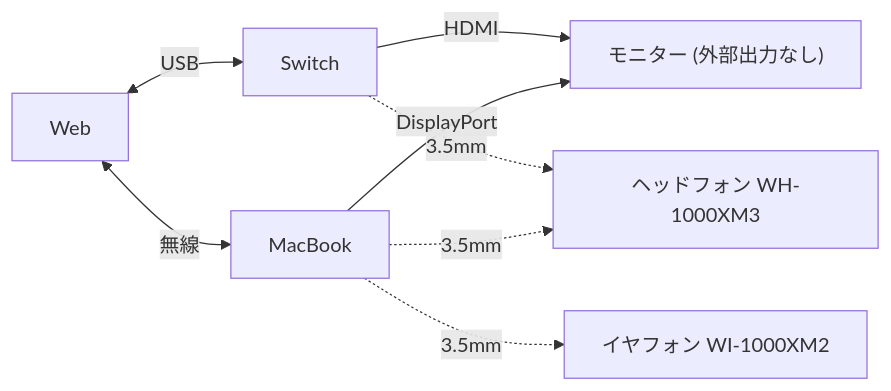
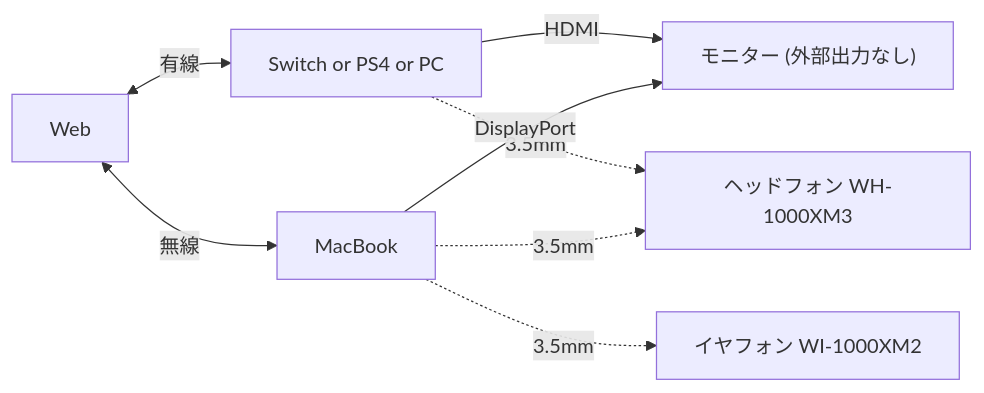
One commit to kotaoue/gamemo changed the first of 2 diagrams in environment/desktop.md. Above: the diagram before and after it, drawn with Mermaid. The commit also changed other lines of this file, not shown here.

````diff
--- a/environment/desktop.md
+++ b/environment/desktop.md
@@ -3,10 +3,10 @@
 ```mermaid
 flowchart LR
-    Web <-->|USB| Switch
-    Switch -->|HDMI| Monitor["モニター (外部出力なし)"]
-    Switch -.->|3.5mm| ヘッドフォン["ヘッドフォン WH-1000XM3"]
+    Web <-->|有線| Game["Switch or PS4 or PC"]
+    Game -->|HDMI| Monitor["モニター (外部出力なし)"]
+    Game -.->|3.5mm| ヘッドフォン["ヘッドフォン WH-1000XM3"]
     Web <-->|無線| MacBook
     MacBook -->|DisplayPort| Monitor
     MacBook -.->|3.5mm| イヤフォン["イヤフォン WI-1000XM2"]
     MacBook -.->|3.5mm| ヘッドフォン
 ```
````
